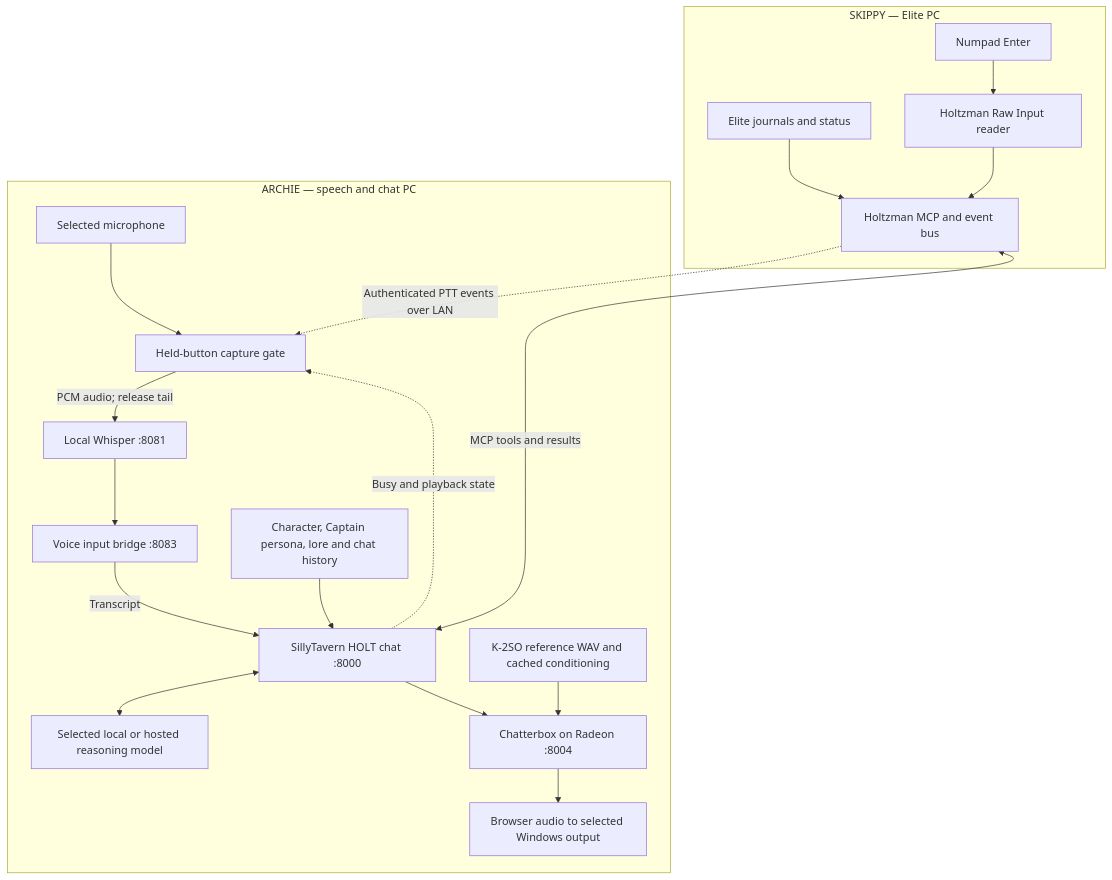
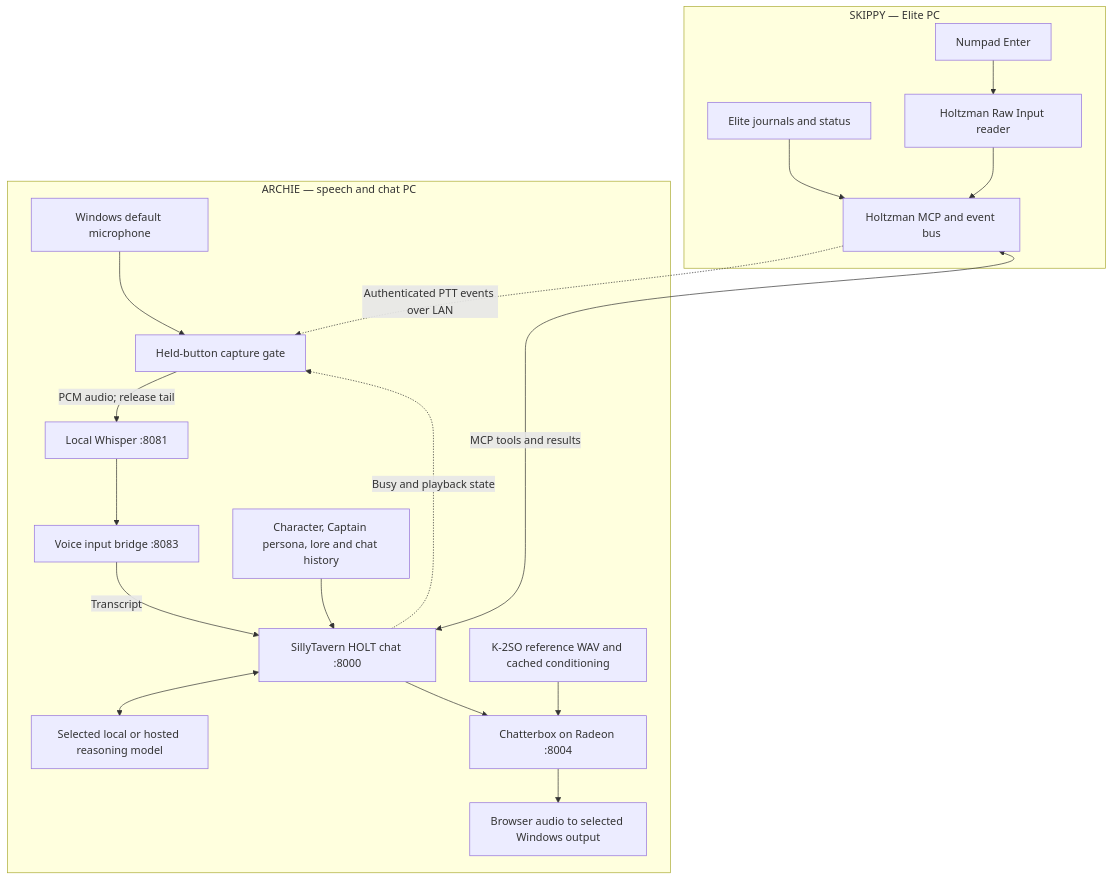
Before and after one commit to notthatbreezy/holtzman: the diagram in docs/speech-flow-and-ptt.md, drawn with Mermaid. The commit also changed other lines of this file and 2 other files, not shown here.

Commit message:
Use Windows default microphone for standalone ST speech

````diff
--- a/docs/speech-flow-and-ptt.md
+++ b/docs/speech-flow-and-ptt.md
@@ -7,22 +7,22 @@
 ```mermaid
 flowchart TB
     subgraph SKIPPY[SKIPPY — Elite PC]
         Key[Numpad Enter] --> Input[Holtzman Raw Input reader]
         Game[Elite journals and status] --> Ship[Holtzman MCP and event bus]
         Input --> Ship
     end
     subgraph ARCHIE[ARCHIE — speech and chat PC]
-        Mic[Selected microphone] --> Gate[Held-button capture gate]
+        Mic[Windows default microphone] --> Gate[Held-button capture gate]
         Gate -->|PCM audio; release tail| Whisper[Local Whisper :8081]
         Whisper --> Bridge[Voice input bridge :8083]
         Bridge -->|Transcript| ST[SillyTavern HOLT chat :8000]
         Lore[Character, Captain persona, lore and chat history] --> ST
         ST <--> Model[Selected local or hosted reasoning model]
         ST --> TTS[Chatterbox on Radeon :8004]
         Reference[K-2SO reference WAV and cached conditioning] --> TTS
         TTS --> Output[Browser audio to selected Windows output]
         ST -.->|Busy and playback state| Gate
     end
     Ship -.->|Authenticated PTT events over LAN| Gate
     ST <-->|MCP tools and results| Ship
 ```
````
